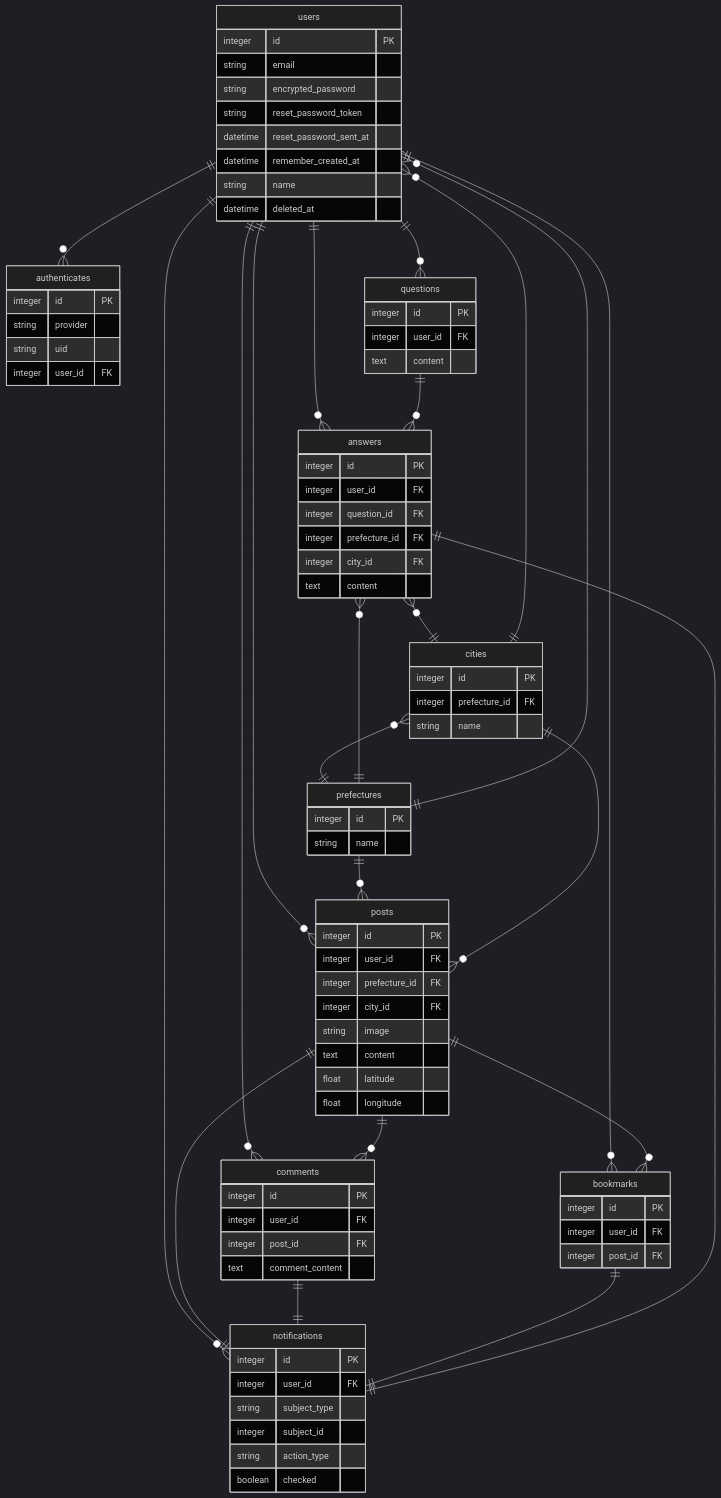
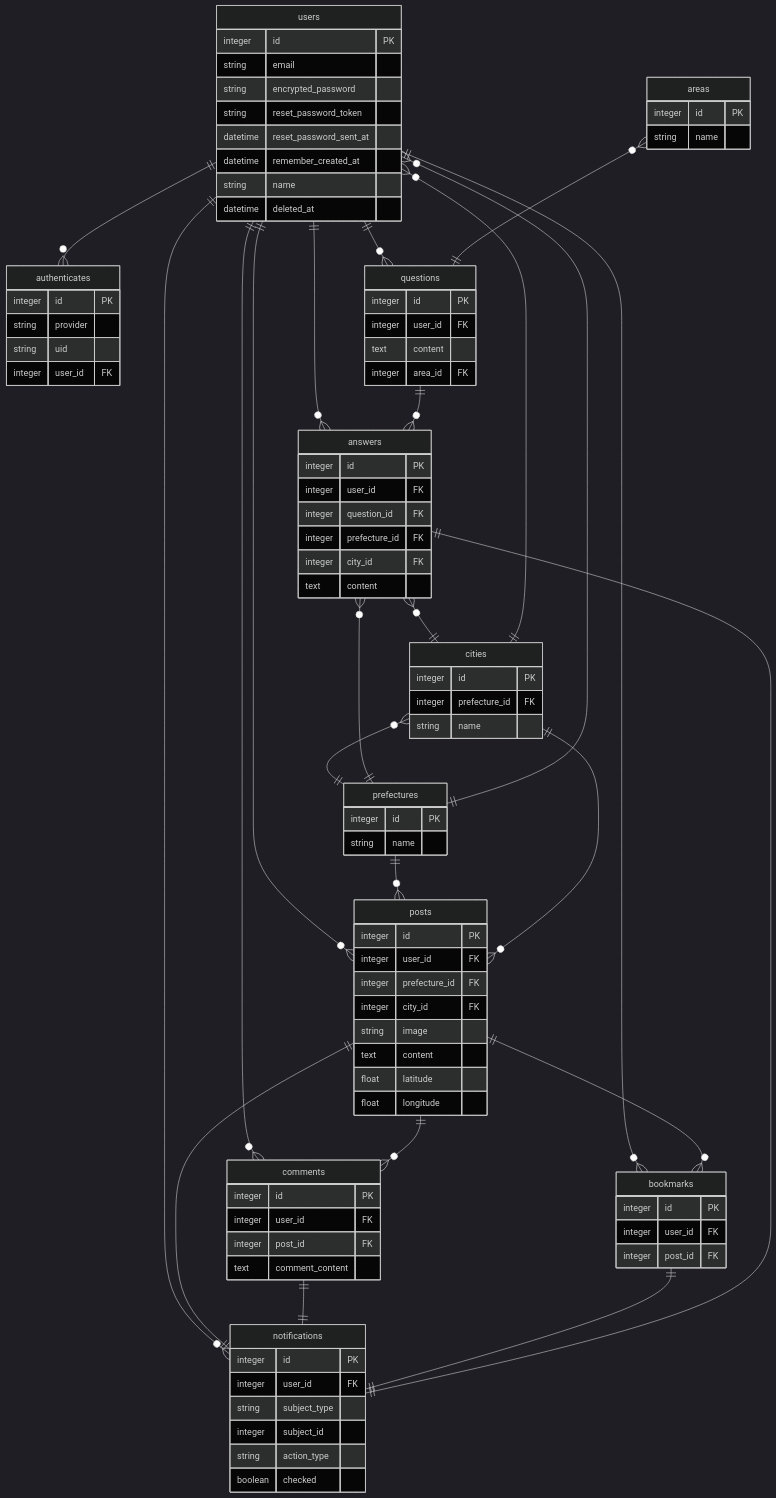
One commit to inoserisa/jimotter changed the diagram in README.md. Above: the diagram before and after it, drawn with Mermaid (dark theme).

Commit message:
README修正

````diff
--- a/README.md
+++ b/README.md
@@ -95,6 +95,7 @@
 questions ||--o{ answers: ""
 answers }o--|| prefectures: ""
 answers }o--|| cities: ""
+areas }o--|| questions: ""
 
 users {
 integer id PK
@@ -162,6 +163,7 @@
   integer id PK
   integer user_id FK
   text content
+  integer area_id FK
 }
 
 answers{
@@ -172,4 +174,9 @@
   integer city_id FK
   text content
 }
+
+areas{
+  integer id PK
+  string name
+}
 ```
````
